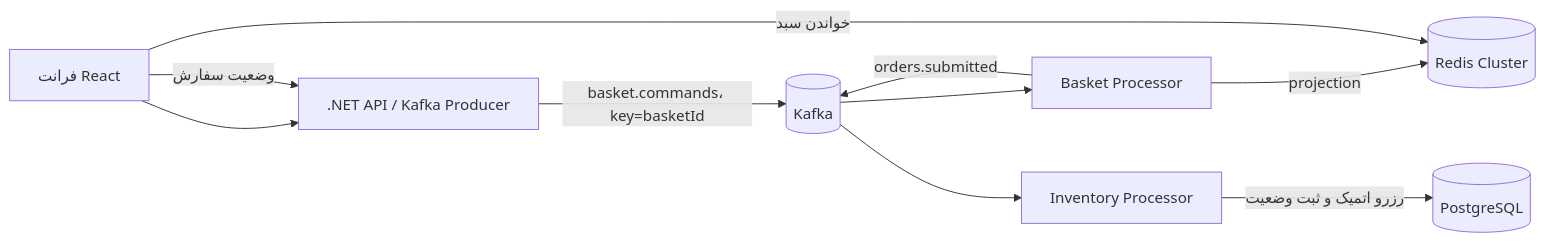
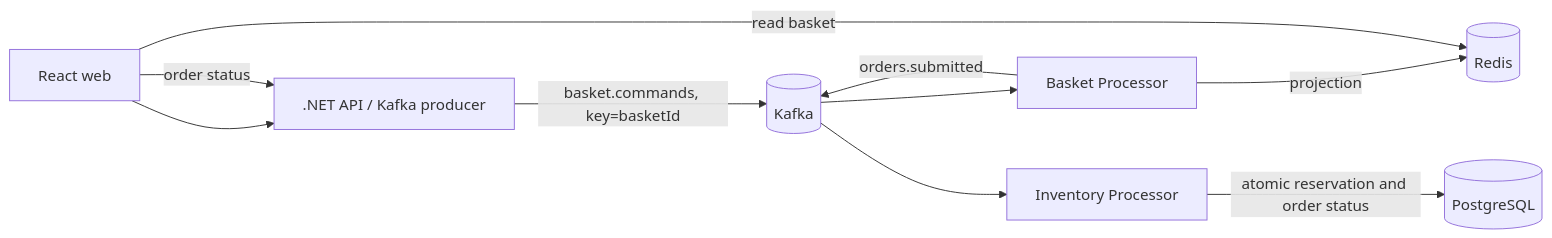
Before and after one commit to heydarabadi/FoundationOfScalableSystem: the diagram in README.md, drawn with Mermaid. The commit also changed other lines of this file and 7 other files, not shown here.

````diff
--- a/README.md
+++ b/README.md
@@ -101,12 +42,12 @@
 ```mermaid
 flowchart LR
-  UI[فرانت React] --> API[.NET API / Kafka Producer]
-  API -->|basket.commands، key=basketId| K[(Kafka)]
+  UI[React web] --> API[.NET API / Kafka producer]
+  API -->|basket.commands, key=basketId| K[(Kafka)]
   K --> BP[Basket Processor]
-  BP -->|projection| R[(Redis Cluster)]
+  BP -->|projection| R[(Redis)]
   BP -->|orders.submitted| K
   K --> IP[Inventory Processor]
-  IP -->|رزرو اتمیک و ثبت وضعیت| DB[(PostgreSQL)]
-  UI -->|خواندن سبد| R
-  UI -->|وضعیت سفارش| API
+  IP -->|atomic reservation and order status| DB[(PostgreSQL)]
+  UI -->|read basket| R
+  UI -->|order status| API
 ```
````
